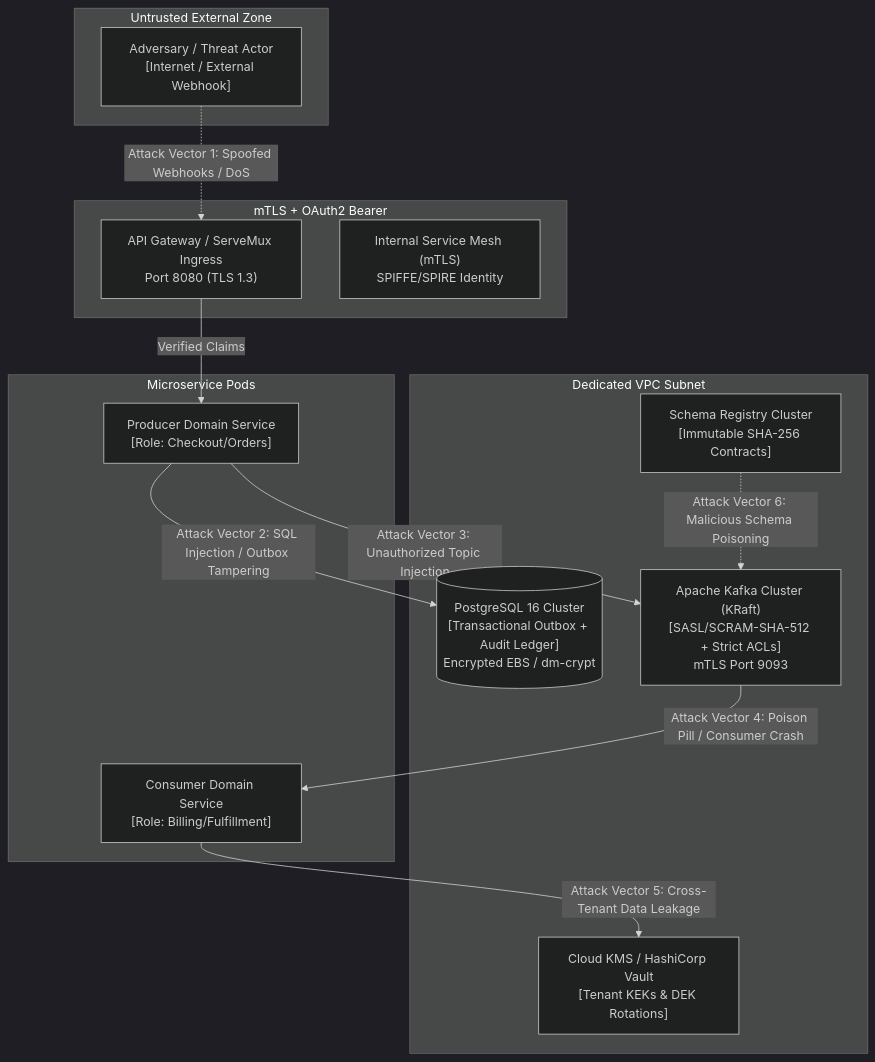
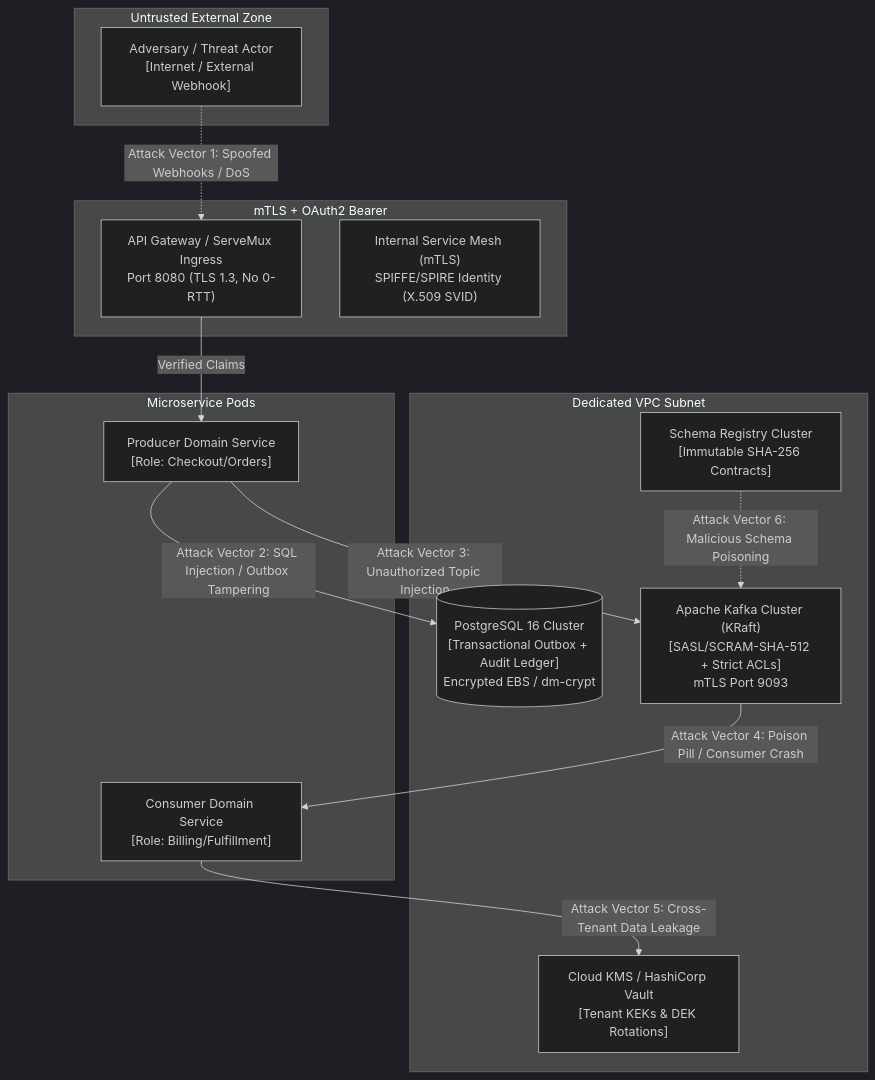
The first of 5 diagrams in docs/06-threat-model.md (Chief-Strategist-J/event-driven-platform), drawn with Mermaid (dark theme) before and after one commit. The commit also changed other lines of this file, not shown here.

Commit message:
docs(security): expand threat model with Merkle hash-chaining, TLS 1.3 invariants, declarative ACLs, and game day drills

````diff
--- a/docs/06-threat-model.md
+++ b/docs/06-threat-model.md
@@ -7,31 +7,31 @@
 ```mermaid
 flowchart TD
     subgraph Untrusted External Zone
         Attacker["Adversary / Threat Actor<br/>[Internet / External Webhook]"]
     end
 
     subgraph Service Ingress Perimeter [mTLS + OAuth2 Bearer]
-        IngressAPI["API Gateway / ServeMux Ingress<br/>Port 8080 (TLS 1.3)"]
-        ServiceMesh["Internal Service Mesh (mTLS)<br/>SPIFFE/SPIRE Identity"]
+        IngressAPI["API Gateway / ServeMux Ingress<br/>Port 8080 (TLS 1.3, No 0-RTT)"]
+        ServiceMesh["Internal Service Mesh (mTLS)<br/>SPIFFE/SPIRE Identity (X.509 SVID)"]
     end
 
     subgraph Bounded Domain Contexts [Microservice Pods]
         ProducerPod["Producer Domain Service<br/>[Role: Checkout/Orders]"]
         ConsumerPod["Consumer Domain Service<br/>[Role: Billing/Fulfillment]"]
     end
 
     subgraph Core Platform Infrastructure [Dedicated VPC Subnet]
         PostgresPrimary[("PostgreSQL 16 Cluster<br/>[Transactional Outbox + Audit Ledger]<br/>Encrypted EBS / dm-crypt")]
         KafkaCluster["Apache Kafka Cluster (KRaft)<br/>[SASL/SCRAM-SHA-512 + Strict ACLs]<br/>mTLS Port 9093"]
         SchemaRegistry["Schema Registry Cluster<br/>[Immutable SHA-256 Contracts]"]
         KMS["Cloud KMS / HashiCorp Vault<br/>[Tenant KEKs & DEK Rotations]"]
     end
 
     Attacker -.->|"Attack Vector 1: Spoofed Webhooks / DoS"| IngressAPI
     IngressAPI -->|"Verified Claims"| ProducerPod
     ProducerPod -->|"Attack Vector 2: SQL Injection / Outbox Tampering"| PostgresPrimary
     ProducerPod -->|"Attack Vector 3: Unauthorized Topic Injection"| KafkaCluster
     KafkaCluster -->|"Attack Vector 4: Poison Pill / Consumer Crash"| ConsumerPod
     ConsumerPod -->|"Attack Vector 5: Cross-Tenant Data Leakage"| KMS
     SchemaRegistry -.->|"Attack Vector 6: Malicious Schema Poisoning"| KafkaCluster
 ```
````
